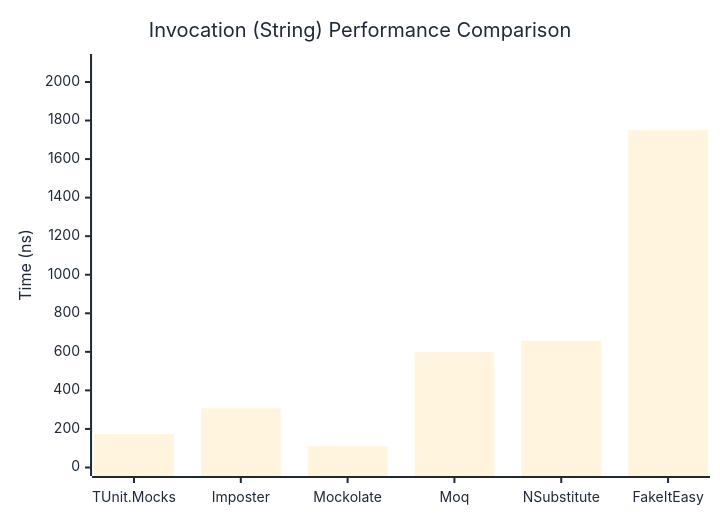
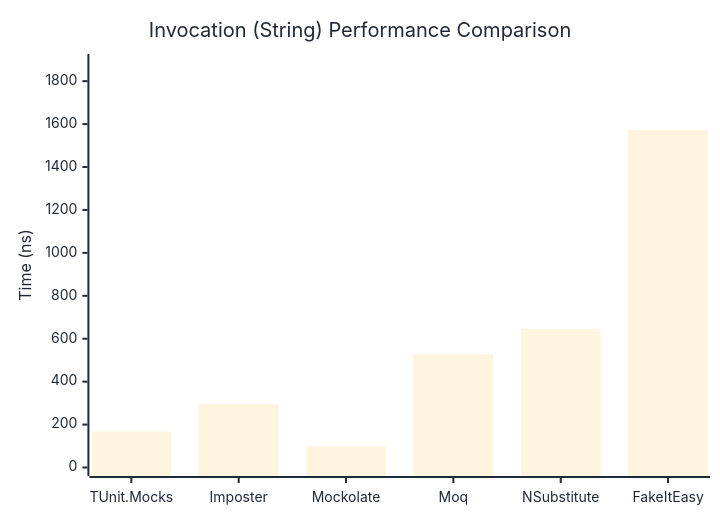
One commit to thomhurst/TUnit changed the second of 3 diagrams in docs/docs/benchmarks/mocks/Invocation.md. Above: the diagram before and after it, drawn with Mermaid. The commit also changed other lines of this file and 14 other files, not shown here.

````diff
--- a/docs/docs/benchmarks/mocks/Invocation.md
+++ b/docs/docs/benchmarks/mocks/Invocation.md
@@ -71,27 +71,27 @@
 ```mermaid
 %%{init: {
   'theme':'base',
   'themeVariables': {
     'primaryColor': '#2563eb',
     'primaryTextColor': '#1f2937',
     'primaryBorderColor': '#1e40af',
     'lineColor': '#6b7280',
     'secondaryColor': '#7c3aed',
     'tertiaryColor': '#dc2626',
     'background': '#ffffff',
     'pie1': '#2563eb',
     'pie2': '#7c3aed',
     'pie3': '#dc2626',
     'pie4': '#f59e0b',
     'pie5': '#10b981',
     'pie6': '#06b6d4',
     'pie7': '#ec4899',
     'pie8': '#6366f1'
   }
 }}%%
 xychart-beta
   title "Invocation (String) Performance Comparison"
   x-axis ["TUnit.Mocks", "Imposter", "Mockolate", "Moq", "NSubstitute", "FakeItEasy"]
-  y-axis "Time (ns)" 0 --> 2101
-  bar [174, 307, 110.9, 598, 657.3, 1750.2]
+  y-axis "Time (ns)" 0 --> 1887
+  bar [167.06, 294.46, 99.29, 527.6, 645.97, 1572.37]
 ```
````
